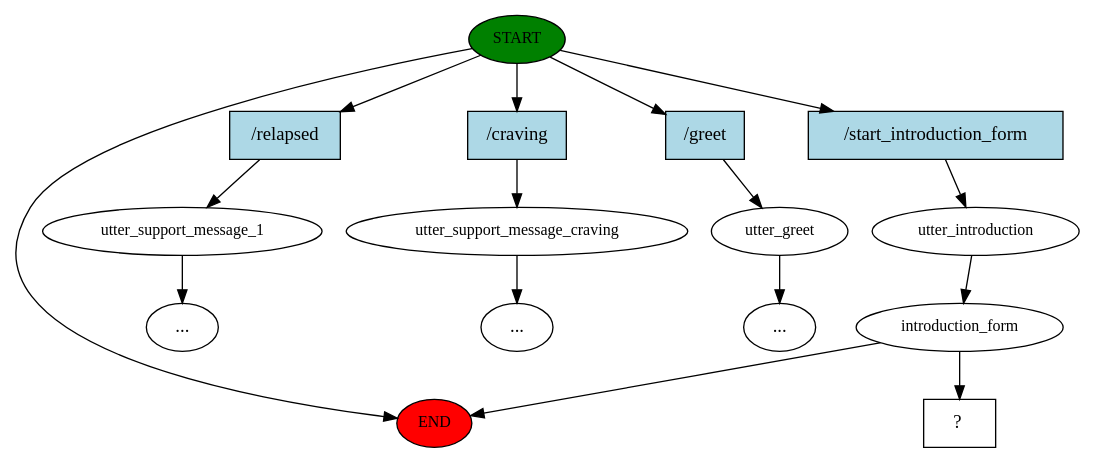
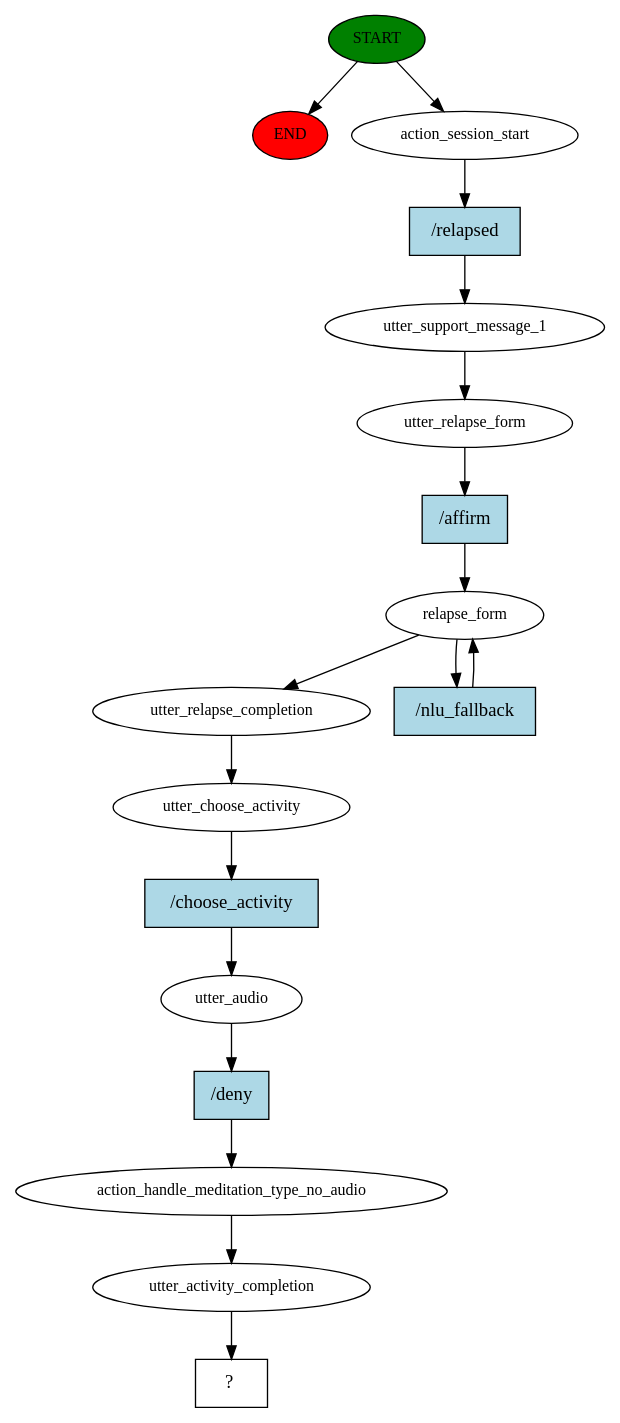
One commit to JahrayFacey/Smoking_chatbotV2 changed the diagram in story_graph.dot. Above: the diagram before and after it, drawn with Graphviz. The commit also changed 6 other files, not shown here.

```diff
--- a/story_graph.dot
+++ b/story_graph.dot
@@ -1,32 +1,36 @@
 digraph  {
 0 [class="start active", fillcolor=green, fontsize=12, label=START, style=filled];
 "-1" [class=end, fillcolor=red, fontsize=12, label=END, style=filled];
-1 [class="", fontsize=12, label=utter_support_message_1];
-"-3" [class=ellipsis, label="..."];
-2 [class="", fontsize=12, label=utter_support_message_craving];
-"-4" [class=ellipsis, label="..."];
-3 [class="", fontsize=12, label=utter_greet];
-"-7" [class=ellipsis, label="..."];
-6 [class=active, fontsize=12, label=utter_introduction];
-7 [class=active, fontsize=12, label=introduction_form];
-10 [class="intent dashed active", label="  ?  ", shape=rect];
-11 [class=intent, fillcolor=lightblue, label="/relapsed", shape=rect, style=filled];
-12 [class=intent, fillcolor=lightblue, label="/craving", shape=rect, style=filled];
-13 [class=intent, fillcolor=lightblue, label="/greet", shape=rect, style=filled];
-14 [class="intent active", fillcolor=lightblue, label="/start_introduction_form", shape=rect, style=filled];
+1 [class=active, fontsize=12, label=action_session_start];
+2 [class=active, fontsize=12, label=utter_support_message_1];
+3 [class=active, fontsize=12, label=utter_relapse_form];
+4 [class=active, fontsize=12, label=relapse_form];
+9 [class=active, fontsize=12, label=utter_relapse_completion];
+10 [class=active, fontsize=12, label=utter_choose_activity];
+11 [class=active, fontsize=12, label=utter_audio];
+12 [class=active, fontsize=12, label=action_handle_meditation_type_no_audio];
+13 [class=active, fontsize=12, label=utter_activity_completion];
+14 [class="intent dashed active", label="  ?  ", shape=rect];
+15 [class="intent active", fillcolor=lightblue, label="/relapsed", shape=rect, style=filled];
+16 [class="intent active", fillcolor=lightblue, label="/affirm", shape=rect, style=filled];
+17 [class="intent active", fillcolor=lightblue, label="/nlu_fallback", shape=rect, style=filled];
+18 [class="intent active", fillcolor=lightblue, label="/choose_activity", shape=rect, style=filled];
+19 [class="intent active", fillcolor=lightblue, label="/deny", shape=rect, style=filled];
 0 -> "-1"  [class="", key=NONE, label=""];
-0 -> 11  [class="", key=0];
-0 -> 12  [class="", key=0];
-0 -> 13  [class="", key=0];
-0 -> 14  [class=active, key=0];
-1 -> "-3"  [class="", key=NONE, label=""];
-2 -> "-4"  [class="", key=NONE, label=""];
-3 -> "-7"  [class="", key=NONE, label=""];
-6 -> 7  [class=active, key=NONE, label=""];
-7 -> "-1"  [class="", key=NONE, label=""];
-7 -> 10  [class=active, key=NONE, label=""];
-11 -> 1  [class="", key=0];
-12 -> 2  [class="", key=0];
-13 -> 3  [class="", key=0];
-14 -> 6  [class=active, key=0];
+0 -> 1  [class=active, key=NONE, label=""];
+1 -> 15  [class=active, key=0];
+2 -> 3  [class=active, key=NONE, label=""];
+3 -> 16  [class=active, key=0];
+4 -> 9  [class=active, key=NONE, label=""];
+4 -> 17  [class=active, key=0];
+9 -> 10  [class=active, key=NONE, label=""];
+10 -> 18  [class=active, key=0];
+11 -> 19  [class=active, key=0];
+12 -> 13  [class=active, key=NONE, label=""];
+13 -> 14  [class=active, key=NONE, label=""];
+15 -> 2  [class=active, key=0];
+16 -> 4  [class=active, key=0];
+17 -> 4  [class=active, key=0];
+18 -> 11  [class=active, key=0];
+19 -> 12  [class=active, key=0];
 }
```
